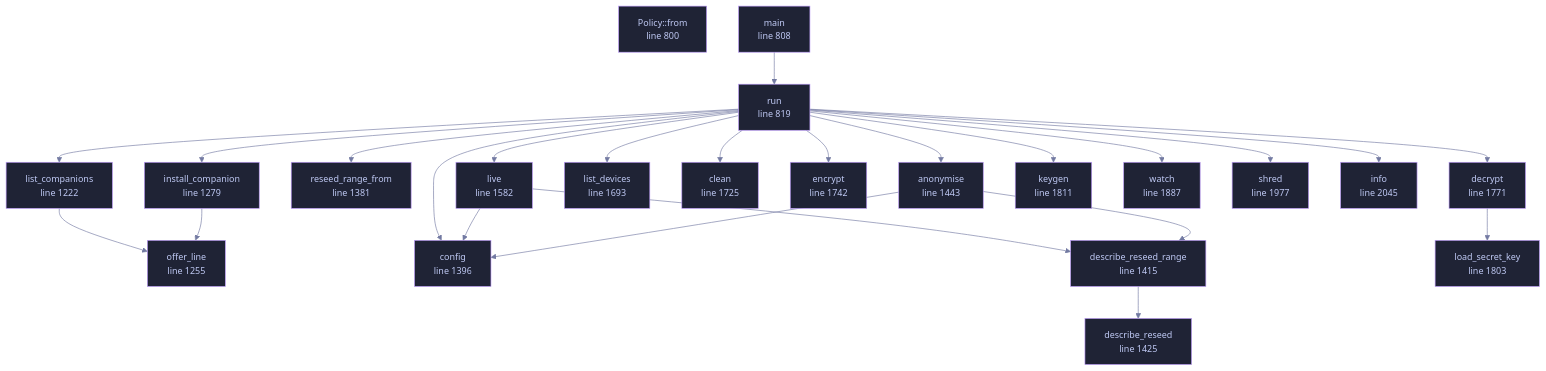
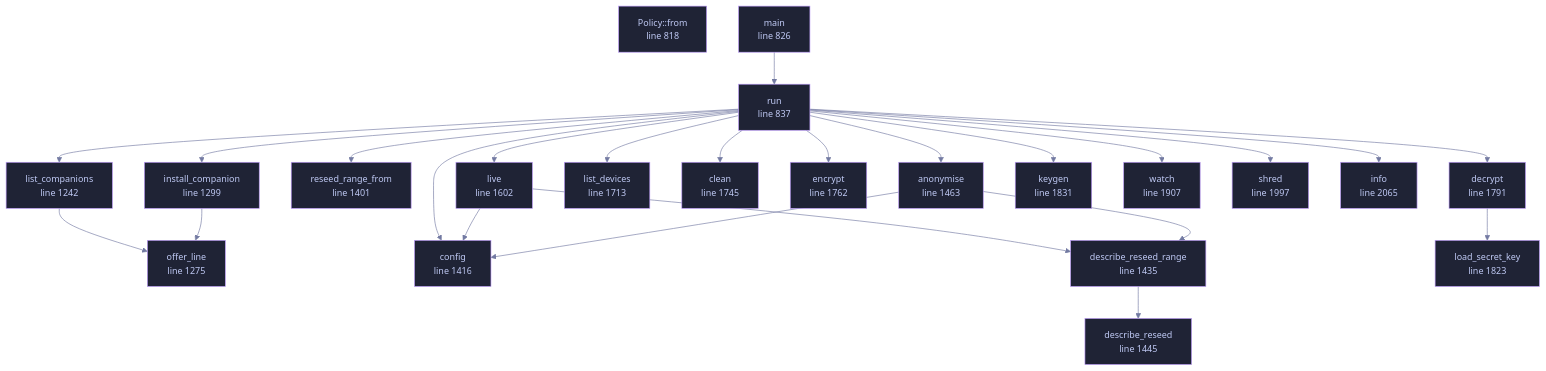
Before and after one commit to tilas01/veilvoice: the diagram in wiki/File-veilvoice-cli-main.md, drawn with Mermaid. The commit also changed other lines of this file and 69 other files, not shown here.

````diff
--- a/wiki/File-veilvoice-cli-main.md
+++ b/wiki/File-veilvoice-cli-main.md
@@ -115,71 +115,71 @@
 ```mermaid
 %%{init: {"theme":"base","themeVariables":{"background":"#1a1b26","primaryColor":"#1f2335","primaryTextColor":"#c0caf5","primaryBorderColor":"#7aa2f7","secondaryColor":"#16161e","tertiaryColor":"#16161e","lineColor":"#737aa2","textColor":"#c0caf5","mainBkg":"#1f2335","nodeBorder":"#7aa2f7","clusterBkg":"#16161e","clusterBorder":"#2f3549","fontFamily":"ui-monospace, SFMono-Regular, Consolas, monospace","fontSize":"14px"}}}%%
 flowchart TD
-    n_from["Policy::from<br/>line 800"]
-    n_main["main<br/>line 808"]
-    n_run["run<br/>line 819"]
-    n_list_companions["list_companions<br/>line 1222"]
-    n_offer_line["offer_line<br/>line 1255"]
-    n_install_companion["install_companion<br/>line 1279"]
-    n_reseed_range_from["reseed_range_from<br/>line 1381"]
-    n_config["config<br/>line 1396"]
-    n_describe_reseed_range["describe_reseed_range<br/>line 1415"]
-    n_describe_reseed["describe_reseed<br/>line 1425"]
-    n_anonymise["anonymise<br/>line 1443"]
-    n_live["live<br/>line 1582"]
-    n_list_devices["list_devices<br/>line 1693"]
-    n_clean["clean<br/>line 1725"]
-    n_encrypt["encrypt<br/>line 1742"]
-    n_decrypt["decrypt<br/>line 1771"]
-    n_load_secret_key["load_secret_key<br/>line 1803"]
-    n_keygen["keygen<br/>line 1811"]
-    n_watch["watch<br/>line 1887"]
-    n_shred["shred<br/>line 1977"]
-    n_info["info<br/>line 2045"]
+    n_from["Policy::from<br/>line 818"]
+    n_main["main<br/>line 826"]
+    n_run["run<br/>line 837"]
+    n_list_companions["list_companions<br/>line 1242"]
+    n_offer_line["offer_line<br/>line 1275"]
+    n_install_companion["install_companion<br/>line 1299"]
+    n_reseed_range_from["reseed_range_from<br/>line 1401"]
+    n_config["config<br/>line 1416"]
+    n_describe_reseed_range["describe_reseed_range<br/>line 1435"]
+    n_describe_reseed["describe_reseed<br/>line 1445"]
+    n_anonymise["anonymise<br/>line 1463"]
+    n_live["live<br/>line 1602"]
+    n_list_devices["list_devices<br/>line 1713"]
+    n_clean["clean<br/>line 1745"]
+    n_encrypt["encrypt<br/>line 1762"]
+    n_decrypt["decrypt<br/>line 1791"]
+    n_load_secret_key["load_secret_key<br/>line 1823"]
+    n_keygen["keygen<br/>line 1831"]
+    n_watch["watch<br/>line 1907"]
+    n_shred["shred<br/>line 1997"]
+    n_info["info<br/>line 2065"]
     n_anonymise --> n_config
     n_anonymise --> n_describe_reseed_range
     n_decrypt --> n_load_secret_key
     n_describe_reseed_range --> n_describe_reseed
     n_install_companion --> n_offer_line
     n_list_companions --> n_offer_line
     n_live --> n_config
     n_live --> n_describe_reseed_range
     n_main --> n_run
     n_run --> n_anonymise
     n_run --> n_clean
     n_run --> n_config
     n_run --> n_decrypt
     n_run --> n_encrypt
     n_run --> n_info
     n_run --> n_install_companion
     n_run --> n_keygen
     n_run --> n_list_companions
     n_run --> n_list_devices
     n_run --> n_live
     n_run --> n_reseed_range_from
     n_run --> n_shred
     n_run --> n_watch
-    click n_from href "https://github.com/tilas01/veilvoice/blob/main/crates/veilvoice-cli/src/main.rs#L800" "open the source"
-    click n_main href "https://github.com/tilas01/veilvoice/blob/main/crates/veilvoice-cli/src/main.rs#L808" "open the source"
-    click n_run href "https://github.com/tilas01/veilvoice/blob/main/crates/veilvoice-cli/src/main.rs#L819" "open the source"
-    click n_list_companions href "https://github.com/tilas01/veilvoice/blob/main/crates/veilvoice-cli/src/main.rs#L1222" "open the source"
-    click n_offer_line href "https://github.com/tilas01/veilvoice/blob/main/crates/veilvoice-cli/src/main.rs#L1255" "open the source"
-    click n_install_companion href "https://github.com/tilas01/veilvoice/blob/main/crates/veilvoice-cli/src/main.rs#L1279" "open the source"
-    click n_reseed_range_from href "https://github.com/tilas01/veilvoice/blob/main/crates/veilvoice-cli/src/main.rs#L1381" "open the source"
-    click n_config href "https://github.com/tilas01/veilvoice/blob/main/crates/veilvoice-cli/src/main.rs#L1396" "open the source"
-    click n_describe_reseed_range href "https://github.com/tilas01/veilvoice/blob/main/crates/veilvoice-cli/src/main.rs#L1415" "open the source"
-    click n_describe_reseed href "https://github.com/tilas01/veilvoice/blob/main/crates/veilvoice-cli/src/main.rs#L1425" "open the source"
-    click n_anonymise href "https://github.com/tilas01/veilvoice/blob/main/crates/veilvoice-cli/src/main.rs#L1443" "open the source"
-    click n_live href "https://github.com/tilas01/veilvoice/blob/main/crates/veilvoice-cli/src/main.rs#L1582" "open the source"
-    click n_list_devices href "https://github.com/tilas01/veilvoice/blob/main/crates/veilvoice-cli/src/main.rs#L1693" "open the source"
-    click n_clean href "https://github.com/tilas01/veilvoice/blob/main/crates/veilvoice-cli/src/main.rs#L1725" "open the source"
-    click n_encrypt href "https://github.com/tilas01/veilvoice/blob/main/crates/veilvoice-cli/src/main.rs#L1742" "open the source"
-    click n_decrypt href "https://github.com/tilas01/veilvoice/blob/main/crates/veilvoice-cli/src/main.rs#L1771" "open the source"
-    click n_load_secret_key href "https://github.com/tilas01/veilvoice/blob/main/crates/veilvoice-cli/src/main.rs#L1803" "open the source"
-    click n_keygen href "https://github.com/tilas01/veilvoice/blob/main/crates/veilvoice-cli/src/main.rs#L1811" "open the source"
-    click n_watch href "https://github.com/tilas01/veilvoice/blob/main/crates/veilvoice-cli/src/main.rs#L1887" "open the source"
-    click n_shred href "https://github.com/tilas01/veilvoice/blob/main/crates/veilvoice-cli/src/main.rs#L1977" "open the source"
-    click n_info href "https://github.com/tilas01/veilvoice/blob/main/crates/veilvoice-cli/src/main.rs#L2045" "open the source"
+    click n_from href "https://github.com/tilas01/veilvoice/blob/main/crates/veilvoice-cli/src/main.rs#L818" "open the source"
+    click n_main href "https://github.com/tilas01/veilvoice/blob/main/crates/veilvoice-cli/src/main.rs#L826" "open the source"
+    click n_run href "https://github.com/tilas01/veilvoice/blob/main/crates/veilvoice-cli/src/main.rs#L837" "open the source"
+    click n_list_companions href "https://github.com/tilas01/veilvoice/blob/main/crates/veilvoice-cli/src/main.rs#L1242" "open the source"
+    click n_offer_line href "https://github.com/tilas01/veilvoice/blob/main/crates/veilvoice-cli/src/main.rs#L1275" "open the source"
+    click n_install_companion href "https://github.com/tilas01/veilvoice/blob/main/crates/veilvoice-cli/src/main.rs#L1299" "open the source"
+    click n_reseed_range_from href "https://github.com/tilas01/veilvoice/blob/main/crates/veilvoice-cli/src/main.rs#L1401" "open the source"
+    click n_config href "https://github.com/tilas01/veilvoice/blob/main/crates/veilvoice-cli/src/main.rs#L1416" "open the source"
+    click n_describe_reseed_range href "https://github.com/tilas01/veilvoice/blob/main/crates/veilvoice-cli/src/main.rs#L1435" "open the source"
+    click n_describe_reseed href "https://github.com/tilas01/veilvoice/blob/main/crates/veilvoice-cli/src/main.rs#L1445" "open the source"
+    click n_anonymise href "https://github.com/tilas01/veilvoice/blob/main/crates/veilvoice-cli/src/main.rs#L1463" "open the source"
+    click n_live href "https://github.com/tilas01/veilvoice/blob/main/crates/veilvoice-cli/src/main.rs#L1602" "open the source"
+    click n_list_devices href "https://github.com/tilas01/veilvoice/blob/main/crates/veilvoice-cli/src/main.rs#L1713" "open the source"
+    click n_clean href "https://github.com/tilas01/veilvoice/blob/main/crates/veilvoice-cli/src/main.rs#L1745" "open the source"
+    click n_encrypt href "https://github.com/tilas01/veilvoice/blob/main/crates/veilvoice-cli/src/main.rs#L1762" "open the source"
+    click n_decrypt href "https://github.com/tilas01/veilvoice/blob/main/crates/veilvoice-cli/src/main.rs#L1791" "open the source"
+    click n_load_secret_key href "https://github.com/tilas01/veilvoice/blob/main/crates/veilvoice-cli/src/main.rs#L1823" "open the source"
+    click n_keygen href "https://github.com/tilas01/veilvoice/blob/main/crates/veilvoice-cli/src/main.rs#L1831" "open the source"
+    click n_watch href "https://github.com/tilas01/veilvoice/blob/main/crates/veilvoice-cli/src/main.rs#L1907" "open the source"
+    click n_shred href "https://github.com/tilas01/veilvoice/blob/main/crates/veilvoice-cli/src/main.rs#L1997" "open the source"
+    click n_info href "https://github.com/tilas01/veilvoice/blob/main/crates/veilvoice-cli/src/main.rs#L2065" "open the source"
     classDef helper fill:#1f2335,stroke:#bb9af7,color:#c0caf5
     class n_from,n_main,n_run,n_list_companions,n_offer_line,n_install_companion,n_reseed_range_from,n_config,n_describe_reseed_range,n_describe_reseed,n_anonymise,n_live,n_list_devices,n_clean,n_encrypt,n_decrypt,n_load_secret_key,n_keygen,n_watch,n_shred,n_info helper
 ```
````
